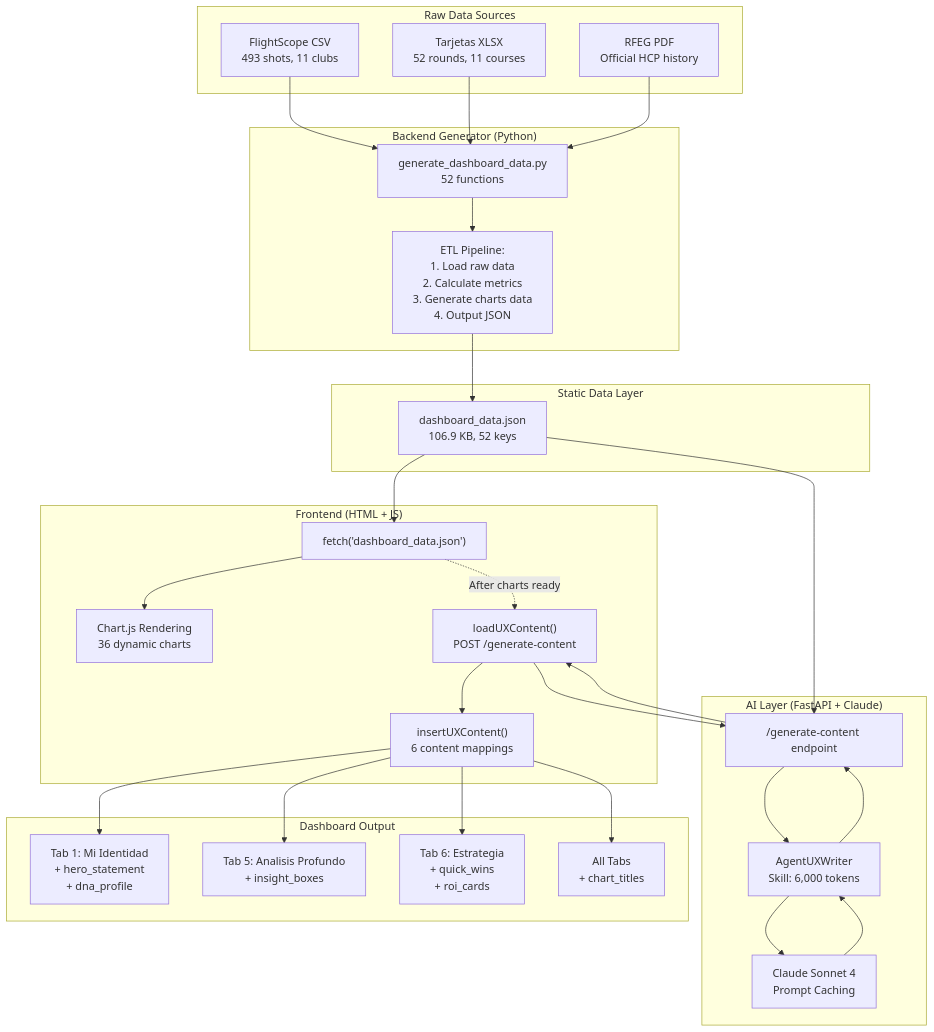
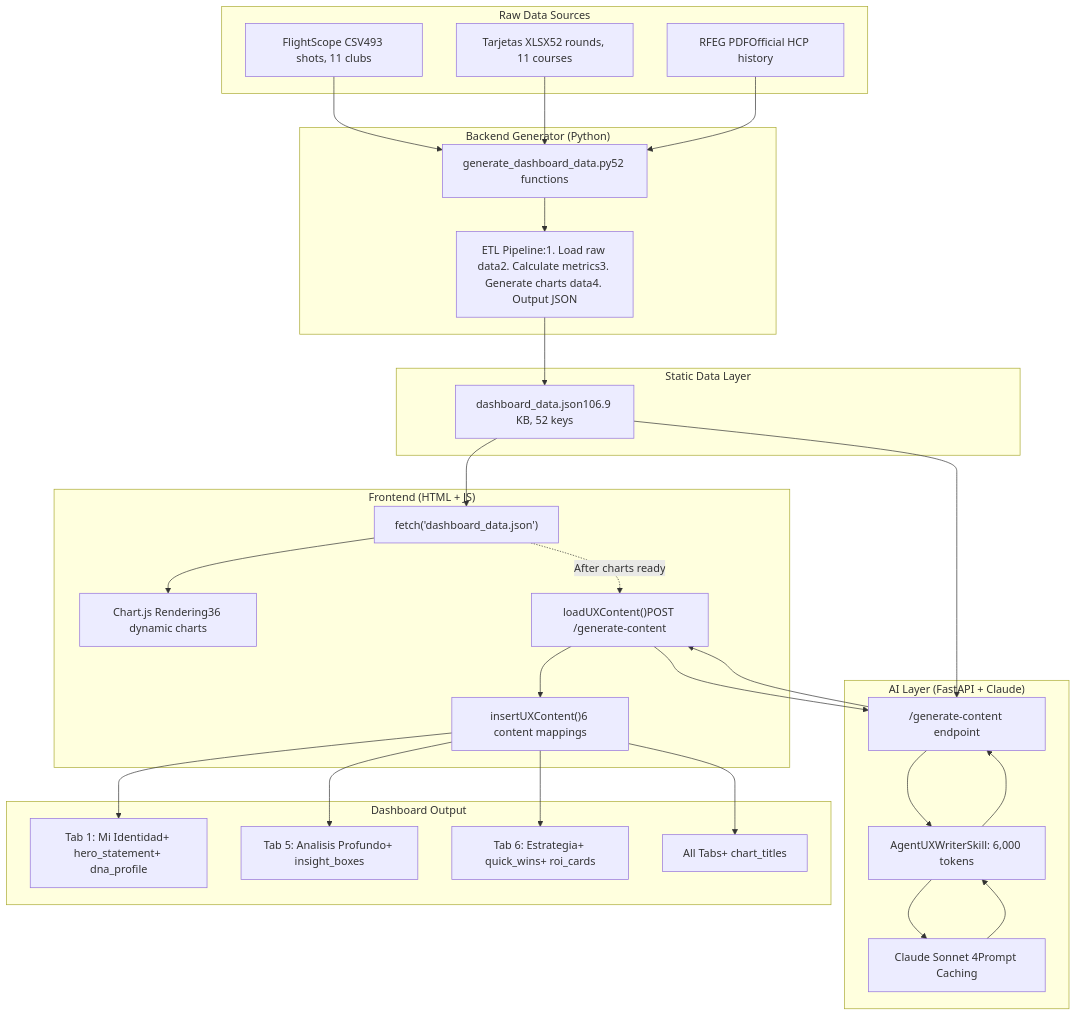
Before and after one commit to AlvGolf/AlvGolf-Identity-EngineV3: the fifth of 8 diagrams in ARCHITECTURE.md, drawn with Mermaid. The commit also changed other lines of this file, not shown here.

Commit message:
Fix Mermaid diagram formatting: Remove HTML line breaks from first diagram

````diff
--- a/ARCHITECTURE.md
+++ b/ARCHITECTURE.md
@@ -235,51 +235,51 @@
 ```mermaid
 flowchart TD
     subgraph "Raw Data Sources"
-        FS[FlightScope CSV<br/>493 shots, 11 clubs]
-        TC[Tarjetas XLSX<br/>52 rounds, 11 courses]
-        PDF[RFEG PDF<br/>Official HCP history]
+        FS[FlightScope CSV493 shots, 11 clubs]
+        TC[Tarjetas XLSX52 rounds, 11 courses]
+        PDF[RFEG PDFOfficial HCP history]
     end
 
     subgraph "Backend Generator (Python)"
-        GEN[generate_dashboard_data.py<br/>52 functions]
-        ETL["ETL Pipeline:<br/>1. Load raw data<br/>2. Calculate metrics<br/>3. Generate charts data<br/>4. Output JSON"]
+        GEN[generate_dashboard_data.py52 functions]
+        ETL["ETL Pipeline:1. Load raw data2. Calculate metrics3. Generate charts data4. Output JSON"]
     end
 
     subgraph "Static Data Layer"
-        DJ[dashboard_data.json<br/>106.9 KB, 52 keys]
+        DJ[dashboard_data.json106.9 KB, 52 keys]
     end
 
     subgraph "Frontend (HTML + JS)"
         LOAD["fetch('dashboard_data.json')"]
-        CHARTS[Chart.js Rendering<br/>36 dynamic charts]
-        UXLOAD["loadUXContent()<br/>POST /generate-content"]
-        INSERT["insertUXContent()<br/>6 content mappings"]
+        CHARTS[Chart.js Rendering36 dynamic charts]
+        UXLOAD["loadUXContent()POST /generate-content"]
+        INSERT["insertUXContent()6 content mappings"]
     end
 
     subgraph "AI Layer (FastAPI + Claude)"
         ENDPOINT["/generate-content endpoint"]
-        AGENT[AgentUXWriter<br/>Skill: 6,000 tokens]
-        LLM[Claude Sonnet 4<br/>Prompt Caching]
+        AGENT[AgentUXWriterSkill: 6,000 tokens]
+        LLM[Claude Sonnet 4Prompt Caching]
     end
 
     subgraph "Dashboard Output"
-        TAB1["Tab 1: Mi Identidad<br/>+ hero_statement<br/>+ dna_profile"]
-        TAB5["Tab 5: Analisis Profundo<br/>+ insight_boxes"]
-        TAB6["Tab 6: Estrategia<br/>+ quick_wins<br/>+ roi_cards"]
-        TITLES["All Tabs<br/>+ chart_titles"]
+        TAB1["Tab 1: Mi Identidad+ hero_statement+ dna_profile"]
+        TAB5["Tab 5: Analisis Profundo+ insight_boxes"]
+        TAB6["Tab 6: Estrategia+ quick_wins+ roi_cards"]
+        TITLES["All Tabs+ chart_titles"]
     end
 
     FS & TC & PDF --> GEN
     GEN --> ETL --> DJ
 
     DJ --> LOAD --> CHARTS
     DJ --> ENDPOINT
 
     LOAD -.->|"After charts ready"| UXLOAD
     UXLOAD --> ENDPOINT
     ENDPOINT --> AGENT --> LLM
     LLM --> AGENT --> ENDPOINT --> UXLOAD
     UXLOAD --> INSERT
 
     INSERT --> TAB1 & TAB5 & TAB6 & TITLES
 ```
````
